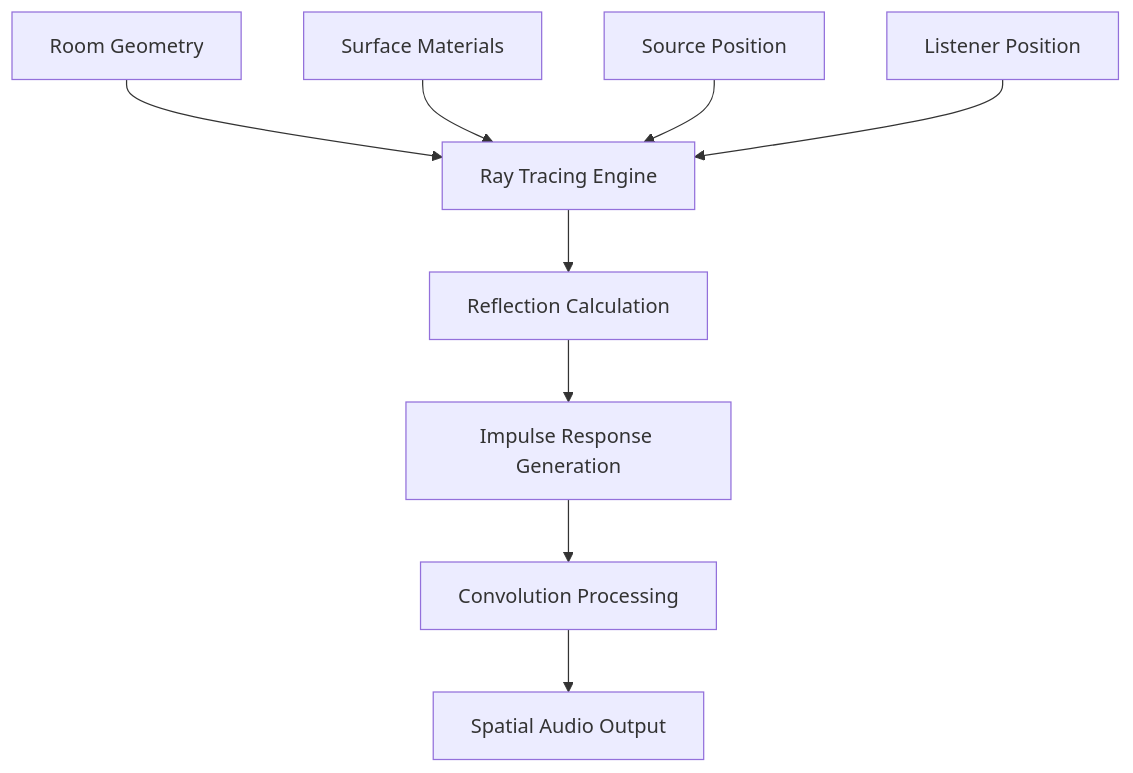
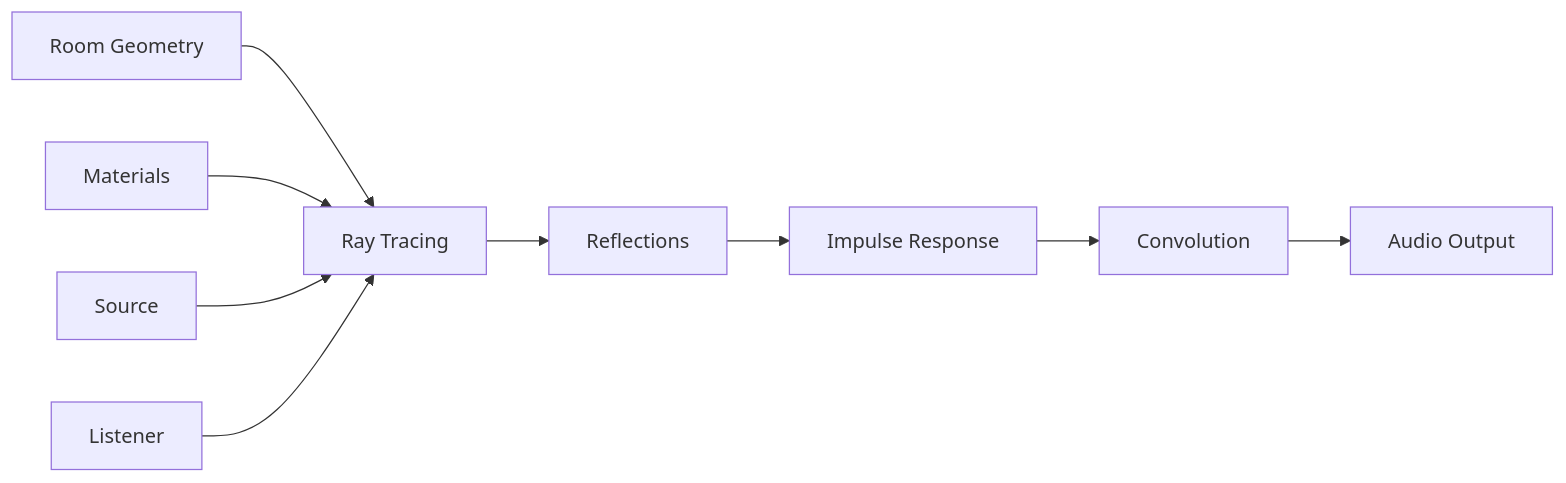
The seventh of 9 diagrams in README.md (statesflowwishes-sketch/4a3C5u2S7T1i3C), drawn with Mermaid before and after one commit. The commit also changed other lines of this file, not shown here.

First line of the commit message:
🔧 Fix Mermaid Rendering Issues: Simplified Complex Diagrams

````diff
--- a/README.md
+++ b/README.md
@@ -485,12 +480,12 @@
 ```mermaid
-flowchart TD
-    A[Room Geometry] --> B[Ray Tracing Engine]
-    B --> C[Reflection Calculation]
-    C --> D[Impulse Response Generation]
-    D --> E[Convolution Processing]
-    E --> F[Spatial Audio Output]
+flowchart LR
+    A[Room Geometry] --> B[Ray Tracing]
+    B --> C[Reflections]
+    C --> D[Impulse Response]
+    D --> E[Convolution]
+    E --> F[Audio Output]
     
-    G[Surface Materials] --> B
-    H[Source Position] --> B
-    I[Listener Position] --> B
+    G[Materials] --> B
+    H[Source] --> B
+    I[Listener] --> B
 ```
````
